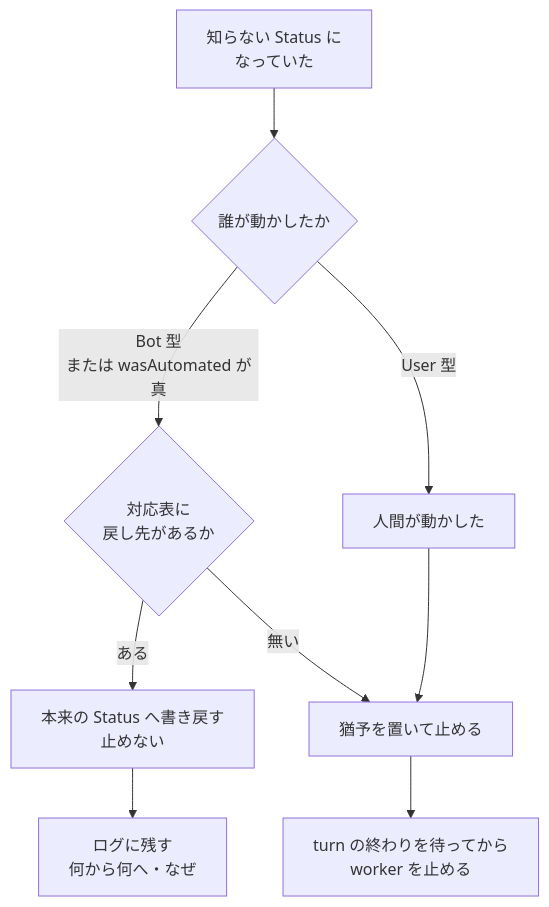
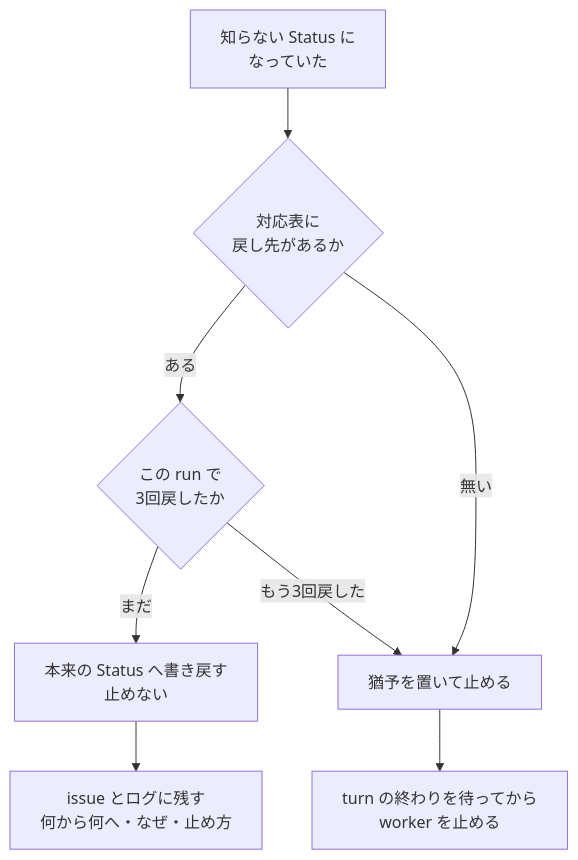
Before and after one commit to maimuzo/continuo: the fifth of 6 diagrams in docs/agent_life_cycle.md, drawn with Mermaid. The commit also changed other lines of this file and 18 other files, not shown here.

````diff
--- a/docs/agent_life_cycle.md
+++ b/docs/agent_life_cycle.md
@@ -271,11 +280,10 @@
 ```mermaid
 flowchart TD
-    A["知らない Status に<br/>なっていた"] --> B{"誰が動かしたか"}
-    B -->|"Bot 型<br/>または wasAutomated が真"| C{"対応表に<br/>戻し先があるか"}
-    B -->|"User 型"| D["人間が動かした"]
-    C -->|ある| E["本来の Status へ書き戻す<br/>止めない"]
+    A["知らない Status に<br/>なっていた"] --> C{"対応表に<br/>戻し先があるか"}
+    C -->|ある| L{"この run で<br/>3回戻したか"}
     C -->|無い| F["猶予を置いて止める"]
-    D --> F
-    E --> G["ログに残す<br/>何から何へ・なぜ"]
+    L -->|まだ| E["本来の Status へ書き戻す<br/>止めない"]
+    L -->|"もう3回戻した"| F
+    E --> G["issue とログに残す<br/>何から何へ・なぜ・止め方"]
     F --> H["turn の終わりを待ってから<br/>worker を止める"]
 ```
````
